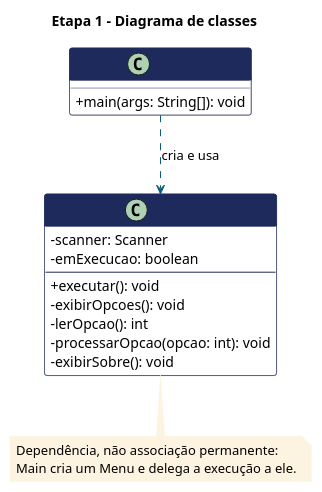
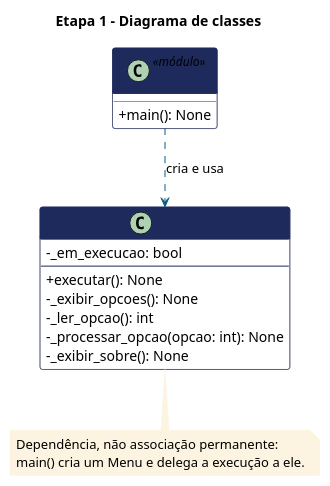
The diagram in uml/etapa1.puml (ValJr07/Bologna-Milano), drawn with PlantUML before and after one commit. The commit also changed 13 other files, not shown here.

```diff
--- a/uml/etapa1.puml
+++ b/uml/etapa1.puml
@@ -1,38 +1,37 @@
 @startuml
 skinparam classAttributeIconSize 0
 skinparam classFontStyle bold
 skinparam shadowing false
 skinparam class {
   BackgroundColor White
   BorderColor #1f2a5c
   HeaderBackgroundColor #1f2a5c
   FontColor #1f2a5c
 }
 skinparam ArrowColor #0b5c80
 skinparam NoteBackgroundColor #fdf3e1
 skinparam NoteBorderColor #fdf3e1
 
 title Etapa 1 - Diagrama de classes
 
-class Main {
-  + main(args: String[]): void
+class Main <<módulo>> {
+  + main(): None
 }
 
 class Menu {
-  - scanner: Scanner
-  - emExecucao: boolean
+  - _em_execucao: bool
   --
-  + executar(): void
-  - exibirOpcoes(): void
-  - lerOpcao(): int
-  - processarOpcao(opcao: int): void
-  - exibirSobre(): void
+  + executar(): None
+  - _exibir_opcoes(): None
+  - _ler_opcao(): int
+  - _processar_opcao(opcao: int): None
+  - _exibir_sobre(): None
 }
 
 Main ..> Menu : cria e usa
 
 note bottom of Menu
   Dependência, não associação permanente:
-  Main cria um Menu e delega a execução a ele.
+  main() cria um Menu e delega a execução a ele.
 end note
 @enduml
```
